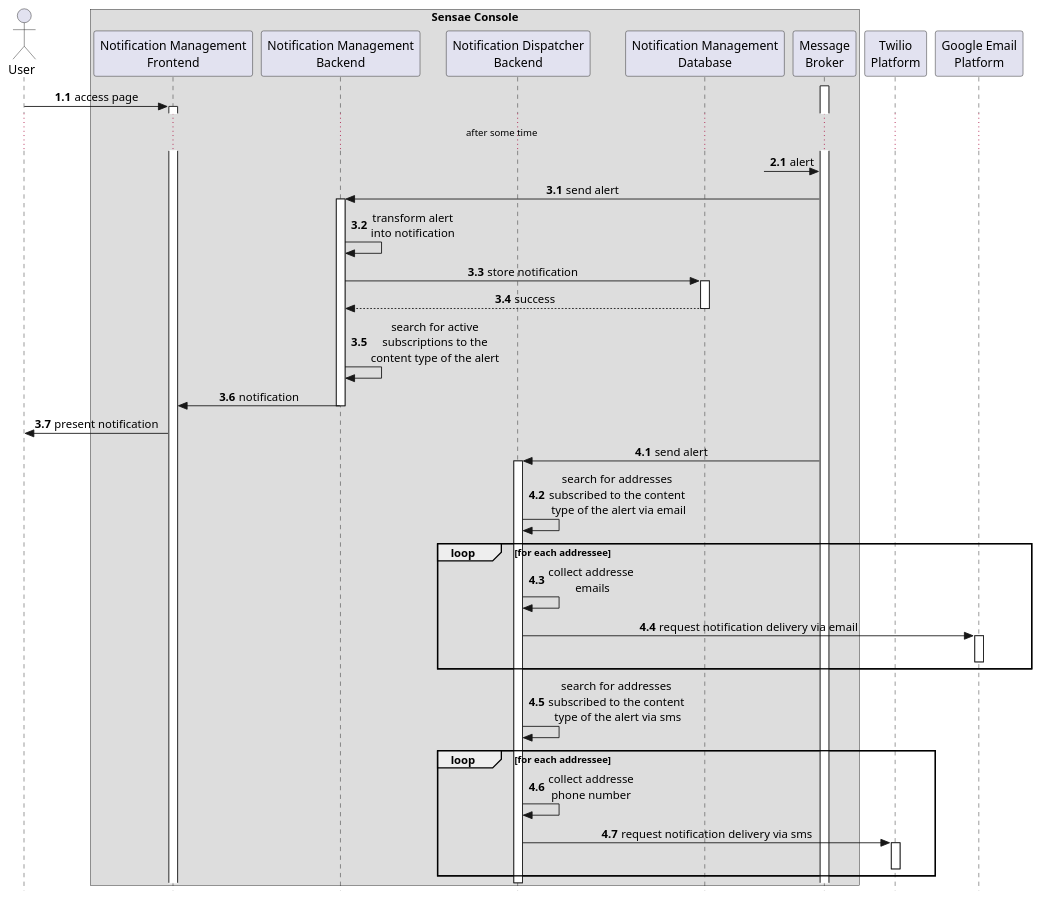
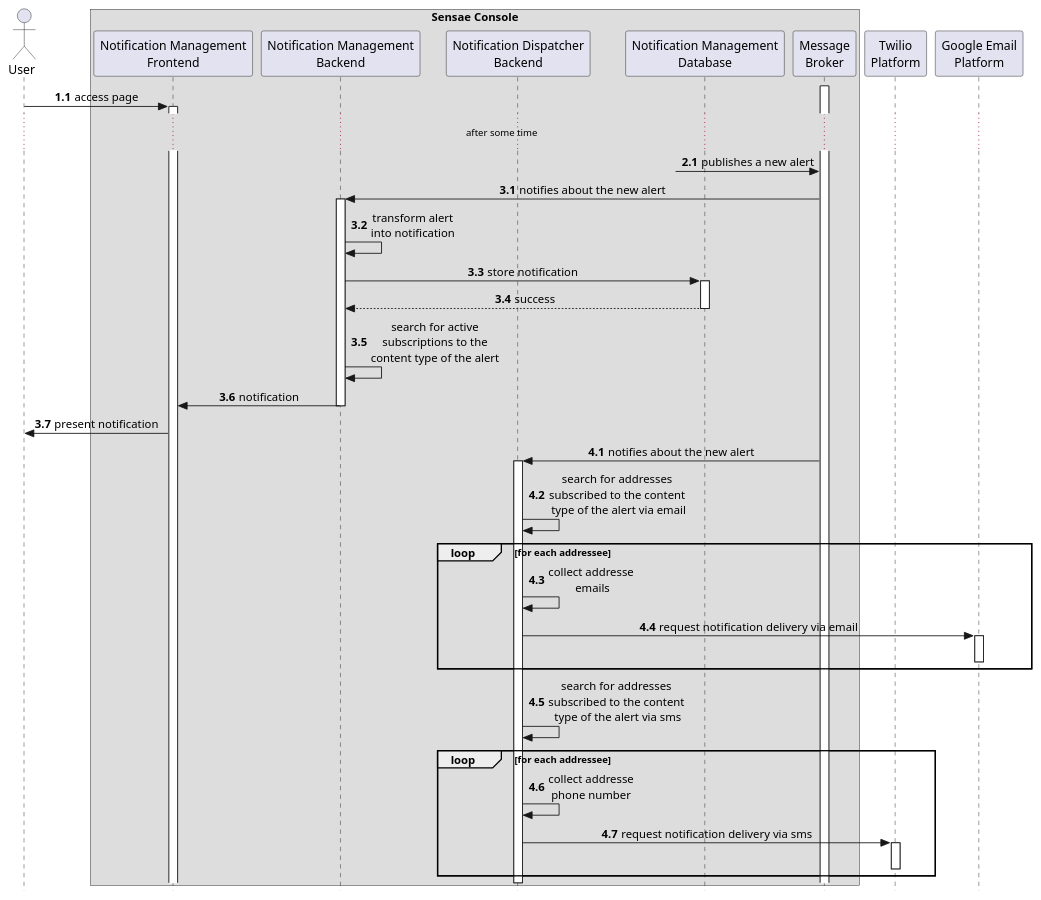
One commit to FilipeMCruz/dissertation changed the diagram in assets/diagrams/design/architectural/level2/process/notification-dispatch.pu. Above: the diagram before and after it, drawn with PlantUML. The commit also changed 296 other files, not shown here.

```diff
--- a/assets/diagrams/design/architectural/level2/process/notification-dispatch.pu
+++ b/assets/diagrams/design/architectural/level2/process/notification-dispatch.pu
@@ -1,67 +1,67 @@
 @startuml notification-dispatch
 
 skinparam sequenceMessageAlign center
 skinparam style strictuml
 autonumber 1.1
 actor User
 
 box "Sensae Console"
 participant "Notification Management\nFrontend" as FRONT
 participant "Notification Management\nBackend" as BACK
 participant "Notification Dispatcher\nBackend" as DISP
 participant "Notification Management\nDatabase" as DB
 participant "Message\nBroker" as MB
 end box
 
 participant "Twilio\nPlatform" as SMS
 participant "Google Email\nPlatform" as EMAIL
 
 activate MB 
 
 User -> FRONT ++ : access page
 
 ... after some time ...
 autonumber inc A
 
-?-> MB : alert
+?-> MB : publishes a new alert
 
 autonumber inc A
-MB -> BACK ++ : send alert
+MB -> BACK ++ : notifies about the new alert
 
 BACK -> BACK : transform alert\ninto notification
 
 BACK -> DB ++ : store notification
 return success
 
 BACK -> BACK : search for active\nsubscriptions to the\ncontent type of the alert
 BACK -> FRONT -- : notification
 FRONT -> User : present notification
 
 autonumber inc A
-MB -> DISP ++ : send alert
+MB -> DISP ++ : notifies about the new alert
 
 DISP -> DISP : search for addresses\nsubscribed to the content\n type of the alert via email
 
 loop for each addressee
 
 DISP -> DISP : collect addresse\n emails
 
 DISP -> EMAIL ++ : request notification delivery via email
 
 deactivate EMAIL 
 
 end
 
 DISP -> DISP : search for addresses\nsubscribed to the content\n type of the alert via sms
 
 loop for each addressee
 
 DISP -> DISP : collect addresse\nphone number
 
 DISP -> SMS ++ : request notification delivery via sms
 
 deactivate SMS
 
 end
 
 @enduml
```
